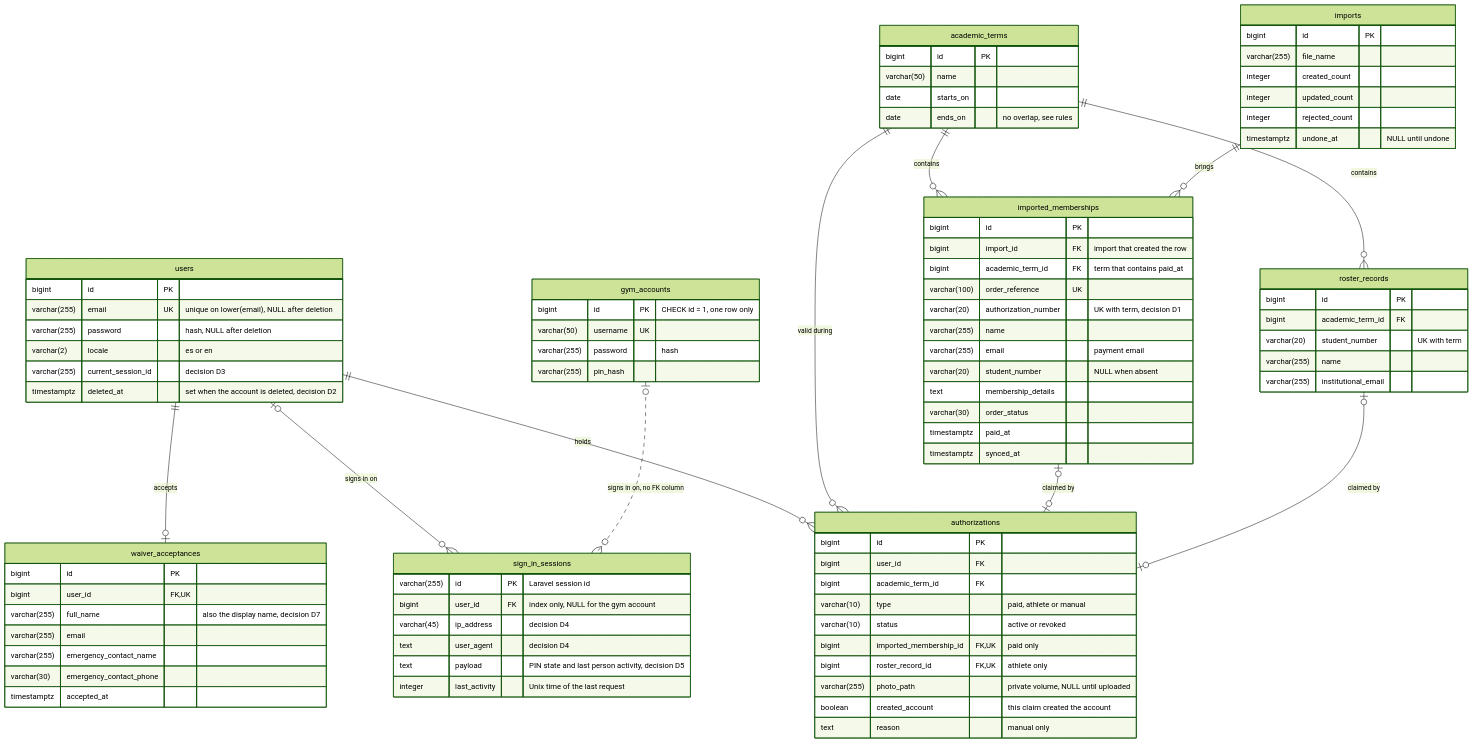
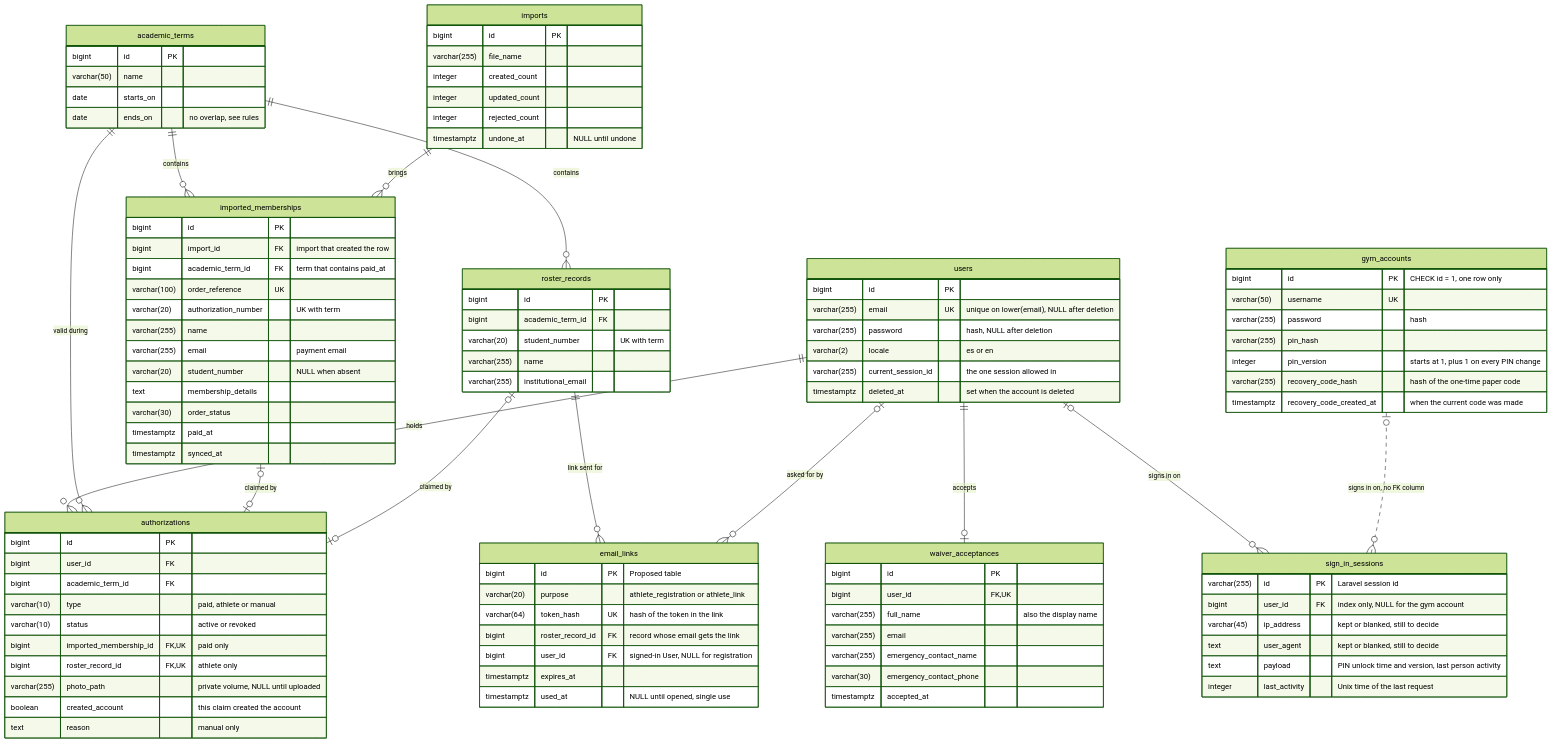
One commit to Th3-Minorities/natatorio-gym-app changed the second of 4 diagrams in docs/design/data-model.md. Above: the diagram before and after it, drawn with Mermaid (forest theme). The commit also changed other lines of this file, not shown here.

Commit message:
Add PIN version, recovery code and photo rules to the data model

```diff
--- a/docs/design/data-model.md
+++ b/docs/design/data-model.md
@@ -61,33 +71,47 @@
   imports ||--o{ imported_memberships : "brings"
   imported_memberships |o--o| authorizations : "claimed by"
   roster_records |o--o| authorizations : "claimed by"
+  roster_records ||--o{ email_links : "link sent for"
+  users |o--o{ email_links : "asked for by"
 
   users {
     bigint id PK
     varchar(255) email UK "unique on lower(email), NULL after deletion"
     varchar(255) password "hash, NULL after deletion"
     varchar(2) locale "es or en"
-    varchar(255) current_session_id "decision D3"
-    timestamptz deleted_at "set when the account is deleted, decision D2"
+    varchar(255) current_session_id "the one session allowed in"
+    timestamptz deleted_at "set when the account is deleted"
   }
   gym_accounts {
     bigint id PK "CHECK id = 1, one row only"
     varchar(50) username UK
     varchar(255) password "hash"
     varchar(255) pin_hash
+    integer pin_version "starts at 1, plus 1 on every PIN change"
+    varchar(255) recovery_code_hash "hash of the one-time paper code"
+    timestamptz recovery_code_created_at "when the current code was made"
   }
   sign_in_sessions {
     varchar(255) id PK "Laravel session id"
     bigint user_id FK "index only, NULL for the gym account"
-    varchar(45) ip_address "decision D4"
-    text user_agent "decision D4"
-    text payload "PIN state and last person activity, decision D5"
+    varchar(45) ip_address "kept or blanked, still to decide"
+    text user_agent "kept or blanked, still to decide"
+    text payload "PIN unlock time and version, last person activity"
     integer last_activity "Unix time of the last request"
+  }
+  email_links {
+    bigint id PK "Proposed table"
+    varchar(20) purpose "athlete_registration or athlete_link"
+    varchar(64) token_hash UK "hash of the token in the link"
+    bigint roster_record_id FK "record whose email gets the link"
+    bigint user_id FK "signed-in User, NULL for registration"
+    timestamptz expires_at
+    timestamptz used_at "NULL until opened, single use"
   }
   waiver_acceptances {
     bigint id PK
     bigint user_id FK, UK
-    varchar(255) full_name "also the display name, decision D7"
+    varchar(255) full_name "also the display name"
     varchar(255) email
     varchar(255) emergency_contact_name
     varchar(30) emergency_contact_phone
@@ -112,7 +136,7 @@
     bigint import_id FK "import that created the row"
     bigint academic_term_id FK "term that contains paid_at"
     varchar(100) order_reference UK
-    varchar(20) authorization_number "UK with term, decision D1"
+    varchar(20) authorization_number "UK with term"
     varchar(255) name
     varchar(255) email "payment email"
     varchar(20) student_number "NULL when absent"
```
